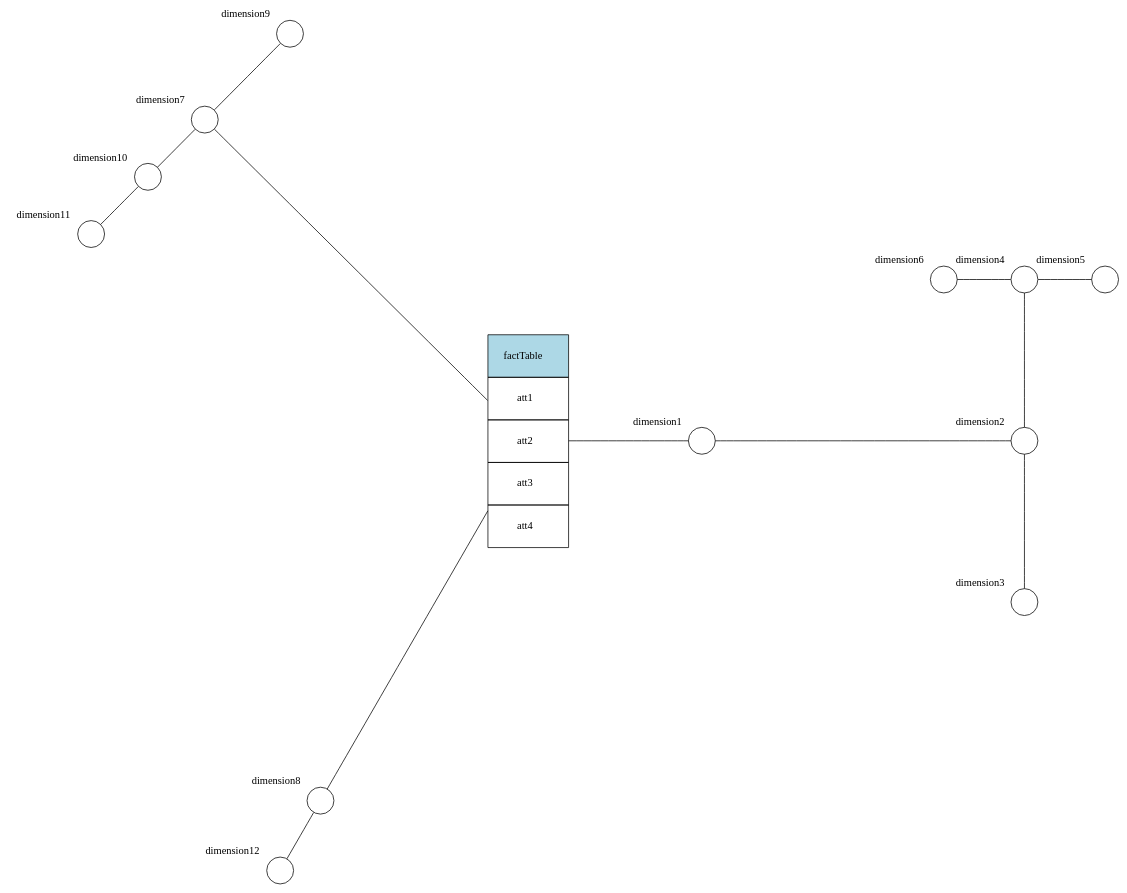
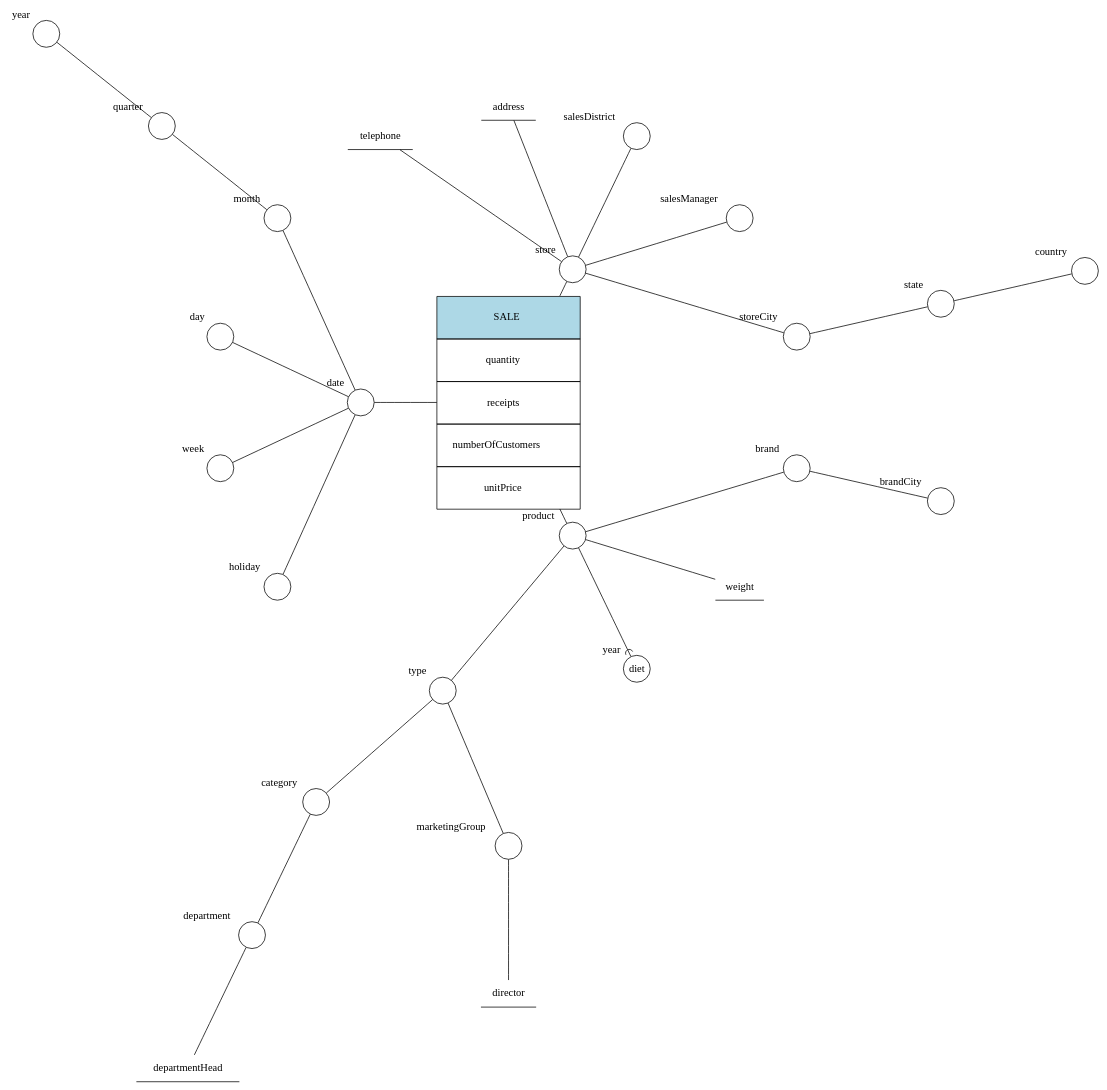
Before and after one commit to leonardogonfiantini/bubbly: the diagram in cmd/gen/dot.dot, drawn with Graphviz. The commit also changed 3 other files, not shown here.

Commit message:
dfm refactor now i use twopi istead of circo as a layout

```diff
--- a/cmd/gen/dot.dot
+++ b/cmd/gen/dot.dot
@@ -1,29 +1,59 @@
 digraph G {
-	layout="circo";
-	factTable->dimension1[ arrowhead=none ];
-	dimension1->dimension2[ arrowhead=none ];
-	dimension2->dimension3[ arrowhead=none ];
-	dimension2->dimension4[ arrowhead=none ];
-	dimension4->dimension5[ arrowhead=none ];
-	dimension4->dimension6[ arrowhead=none ];
-	factTable->dimension7[ arrowhead=none ];
-	factTable->dimension8[ arrowhead=none ];
-	dimension7->dimension9[ arrowhead=none ];
-	dimension7->dimension10[ arrowhead=none ];
-	dimension10->dimension11[ arrowhead=none ];
-	dimension8->dimension12[ arrowhead=none ];
-	dimension1 [ fixedsize=true, label="", shape=circle, xlabel=dimension1 ];
-	dimension10 [ fixedsize=true, label="", shape=circle, xlabel=dimension10 ];
-	dimension11 [ fixedsize=true, label="", shape=circle, xlabel=dimension11 ];
-	dimension12 [ fixedsize=true, label="", shape=circle, xlabel=dimension12 ];
-	dimension2 [ fixedsize=true, label="", shape=circle, xlabel=dimension2 ];
-	dimension3 [ fixedsize=true, label="", shape=circle, xlabel=dimension3 ];
-	dimension4 [ fixedsize=true, label="", shape=circle, xlabel=dimension4 ];
-	dimension5 [ fixedsize=true, label="", shape=circle, xlabel=dimension5 ];
-	dimension6 [ fixedsize=true, label="", shape=circle, xlabel=dimension6 ];
-	dimension7 [ fixedsize=true, label="", shape=circle, xlabel=dimension7 ];
-	dimension8 [ fixedsize=true, label="", shape=circle, xlabel=dimension8 ];
-	dimension9 [ fixedsize=true, label="", shape=circle, xlabel=dimension9 ];
-	factTable [ label=<<table border="0" cellborder="1" cellspacing="0" cellpadding="20"> <tr> <td bgcolor="lightblue">factTable</td> </tr><tr> <td>att1</td> </tr><tr> <td>att2</td> </tr><tr> <td>att3</td> </tr><tr> <td>att4</td> </tr></table>>, root=true, shape=plain ];
+	layout=twopi;
+	nodesep=0.1;
+	ranksep=2.75;
+	SALE->store[ arrowhead=none, len=0.5 ];
+	store->storeCity[ arrowhead=none, len=0.5 ];
+	storeCity->state[ arrowhead=none, len=0.5 ];
+	state->country[ arrowhead=none, len=0.5 ];
+	SALE->date[ arrowhead=none, len=0.5 ];
+	date->month[ arrowhead=none, len=0.5 ];
+	month->quarter[ arrowhead=none, len=0.5 ];
+	SALE->product[ arrowhead=none, len=0.5 ];
+	product->type[ arrowhead=none, len=0.5 ];
+	store->salesManager[ arrowhead=none, len=0.5 ];
+	store->salesDistrict[ arrowhead=none, len=0.5 ];
+	store->address[ arrowhead=none, len=0.5 ];
+	store->telephone[ arrowhead=none, len=0.5 ];
+	date->day[ arrowhead=none, len=0.5 ];
+	date->week[ arrowhead=none, len=0.5 ];
+	date->holiday[ arrowhead=none, len=0.5 ];
+	quarter->year[ arrowhead=none, len=0.5 ];
+	product->diet[ arrowhead=icurve ];
+	product->weight[ arrowhead=none, len=0.5 ];
+	product->brand[ arrowhead=none, len=0.5 ];
+	brand->brandCity[ arrowhead=none, len=0.5 ];
+	type->category[ arrowhead=none, len=0.5 ];
+	category->department[ arrowhead=none, len=0.5 ];
+	department->departmentHead[ arrowhead=none, len=0.5 ];
+	type->marketingGroup[ arrowhead=none, len=0.5 ];
+	marketingGroup->director[ arrowhead=none, len=0.5 ];
+	SALE [ label=<<table border="0" cellborder="1" cellspacing="0" cellpadding="20"> <tr> <td bgcolor="lightblue">SALE</td> </tr><tr> <td>quantity</td> </tr><tr> <td>receipts</td> </tr><tr> <td>numberOfCustomers</td> </tr><tr> <td>unitPrice</td> </tr></table>>, root=true, shape=plain ];
+	address [ shape=underline ];
+	brand [ fixedsize=true, label="", shape=circle, xlabel=brand ];
+	brandCity [ fixedsize=true, label="", shape=circle, xlabel=brandCity ];
+	category [ fixedsize=true, label="", shape=circle, xlabel=category ];
+	country [ fixedsize=true, label="", shape=circle, xlabel=country ];
+	date [ fixedsize=true, label="", shape=circle, xlabel=date ];
+	day [ fixedsize=true, label="", shape=circle, xlabel=day ];
+	department [ fixedsize=true, label="", shape=circle, xlabel=department ];
+	departmentHead [ shape=underline ];
+	diet [ fixedsize=true, label=diet, shape=circle, xlabel=year ];
+	director [ shape=underline ];
+	holiday [ fixedsize=true, label="", shape=circle, xlabel=holiday ];
+	marketingGroup [ fixedsize=true, label="", shape=circle, xlabel=marketingGroup ];
+	month [ fixedsize=true, label="", shape=circle, xlabel=month ];
+	product [ fixedsize=true, label="", shape=circle, xlabel=product ];
+	quarter [ fixedsize=true, label="", shape=circle, xlabel=quarter ];
+	salesDistrict [ fixedsize=true, label="", shape=circle, xlabel=salesDistrict ];
+	salesManager [ fixedsize=true, label="", shape=circle, xlabel=salesManager ];
+	state [ fixedsize=true, label="", shape=circle, xlabel=state ];
+	store [ fixedsize=true, label="", shape=circle, xlabel=store ];
+	storeCity [ fixedsize=true, label="", shape=circle, xlabel=storeCity ];
+	telephone [ shape=underline ];
+	type [ fixedsize=true, label="", shape=circle, xlabel=type ];
+	week [ fixedsize=true, label="", shape=circle, xlabel=week ];
+	weight [ shape=underline ];
+	year [ fixedsize=true, label="", shape=circle, xlabel=year ];
 
 }
```
